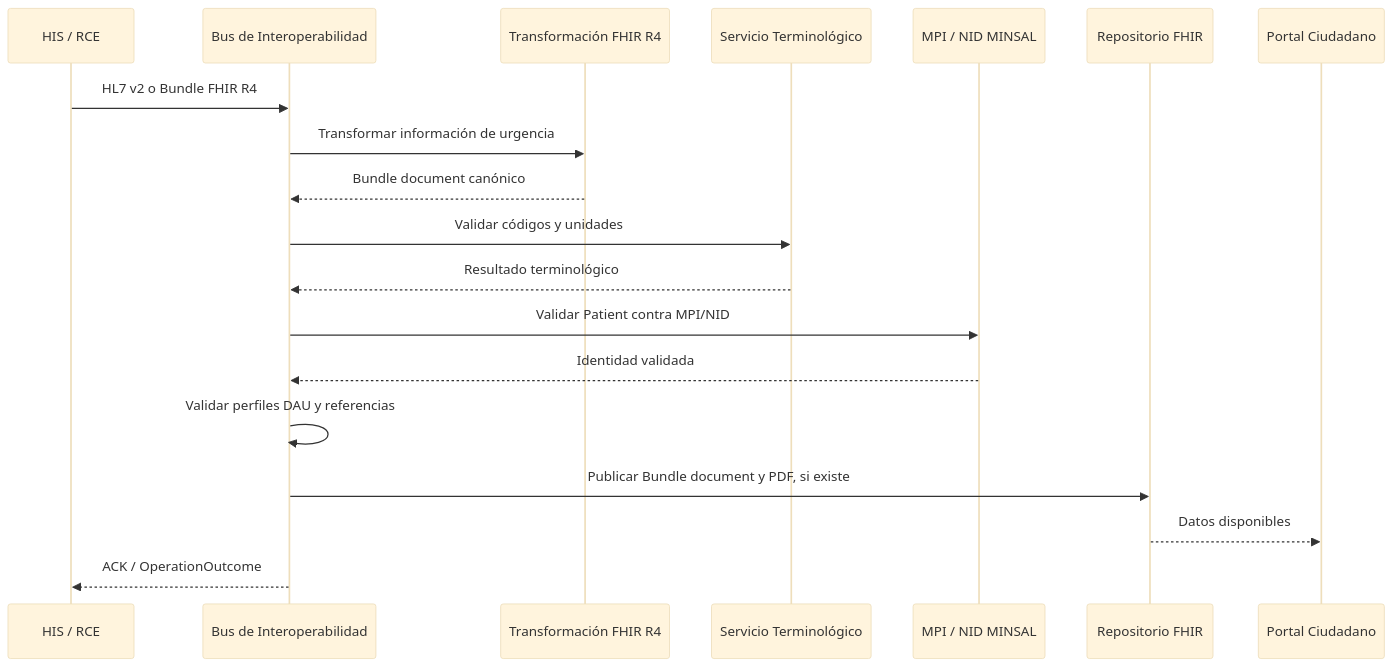
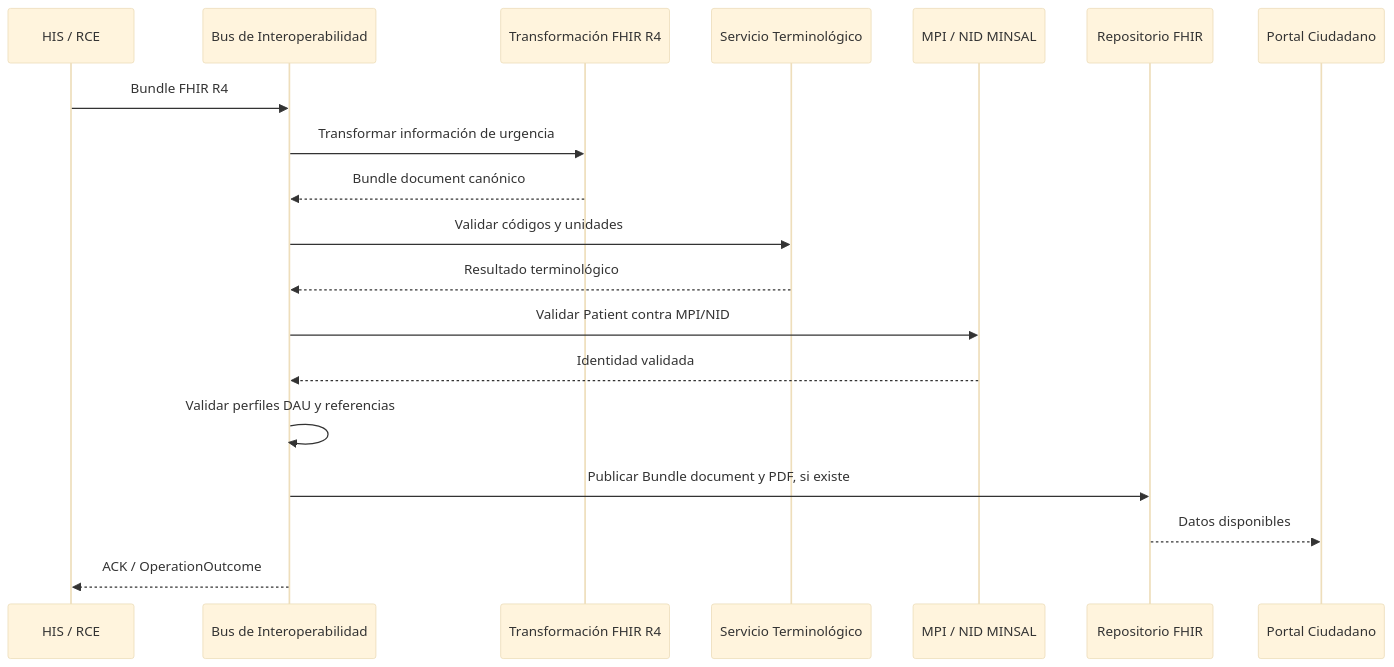
Before and after one commit to rchristiansen/CL-URGENCIA: the diagram in input/pagecontent/casos-de-uso.md, drawn with Mermaid (base theme). The commit also changed other lines of this file and 7 other files, not shown here.

```diff
--- a/input/pagecontent/casos-de-uso.md
+++ b/input/pagecontent/casos-de-uso.md
@@ -28,22 +27,22 @@
 <div class="mermaid">
 sequenceDiagram
     participant HIS as HIS / RCE
     participant BUS as Bus de Interoperabilidad
     participant FHIR as Transformación FHIR R4
     participant TERM as Servicio Terminológico
     participant MPI as MPI / NID MINSAL
     participant REP as Repositorio FHIR
     participant POR as Portal Ciudadano
 
-    HIS->>BUS: HL7 v2 o Bundle FHIR R4
+    HIS->>BUS: Bundle FHIR R4
     BUS->>FHIR: Transformar información de urgencia
     FHIR-->>BUS: Bundle document canónico
     BUS->>TERM: Validar códigos y unidades
     TERM-->>BUS: Resultado terminológico
     BUS->>MPI: Validar Patient contra MPI/NID
     MPI-->>BUS: Identidad validada
     BUS->>BUS: Validar perfiles DAU y referencias
     BUS->>REP: Publicar Bundle document y PDF, si existe
     REP-->>POR: Datos disponibles
     BUS-->>HIS: ACK / OperationOutcome
 </div>
```
